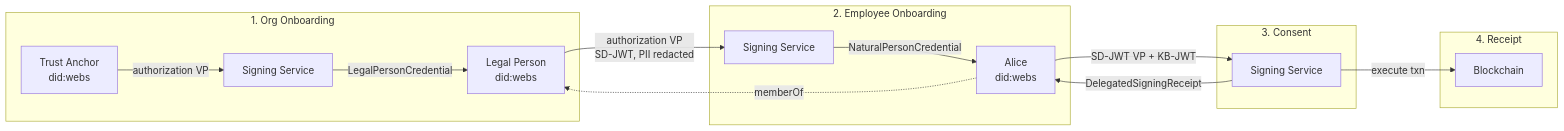
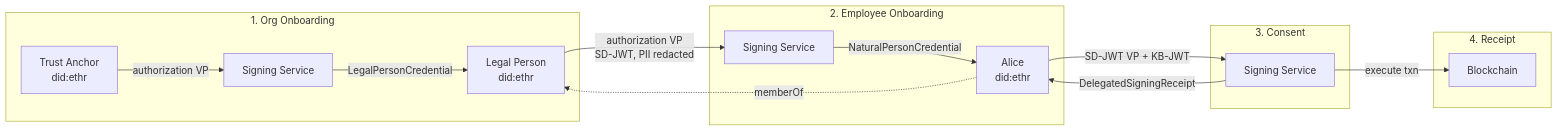
One commit to reachhaven/harbour-credentials changed the first of 5 diagrams in examples/README.md. Above: the diagram before and after it, drawn with Mermaid. The commit also changed other lines of this file and 53 other files, not shown here.

First line of the commit message:
feat: migrate DID method from did:web to did:ethr

````diff
--- a/examples/README.md
+++ b/examples/README.md
@@ -9,19 +9,19 @@
 ```mermaid
 flowchart LR
     subgraph "1. Org Onboarding"
-        TA[Trust Anchor<br/>did:webs] -->|authorization VP| SS1[Signing Service]
-        SS1 -->|LegalPersonCredential| LP[Legal Person<br/>did:webs]
+        TA[Trust Anchor<br/>did:ethr] -->|authorization VP| SS1[Signing Service]
+        SS1 -->|LegalPersonCredential| LP[Legal Person<br/>did:ethr]
     end
     subgraph "2. Employee Onboarding"
         LP -->|authorization VP<br/>SD-JWT, PII redacted| SS2[Signing Service]
-        SS2 -->|NaturalPersonCredential| NP[Alice<br/>did:webs]
+        SS2 -->|NaturalPersonCredential| NP[Alice<br/>did:ethr]
         NP -.->|memberOf| LP
     end
     subgraph "3. Consent"
         NP -->|SD-JWT VP + KB-JWT| SS3[Signing Service]
     end
     subgraph "4. Receipt"
         SS3 -->|execute txn| BC[Blockchain]
         SS3 -->|DelegatedSigningReceipt| NP
     end
 ```
````
